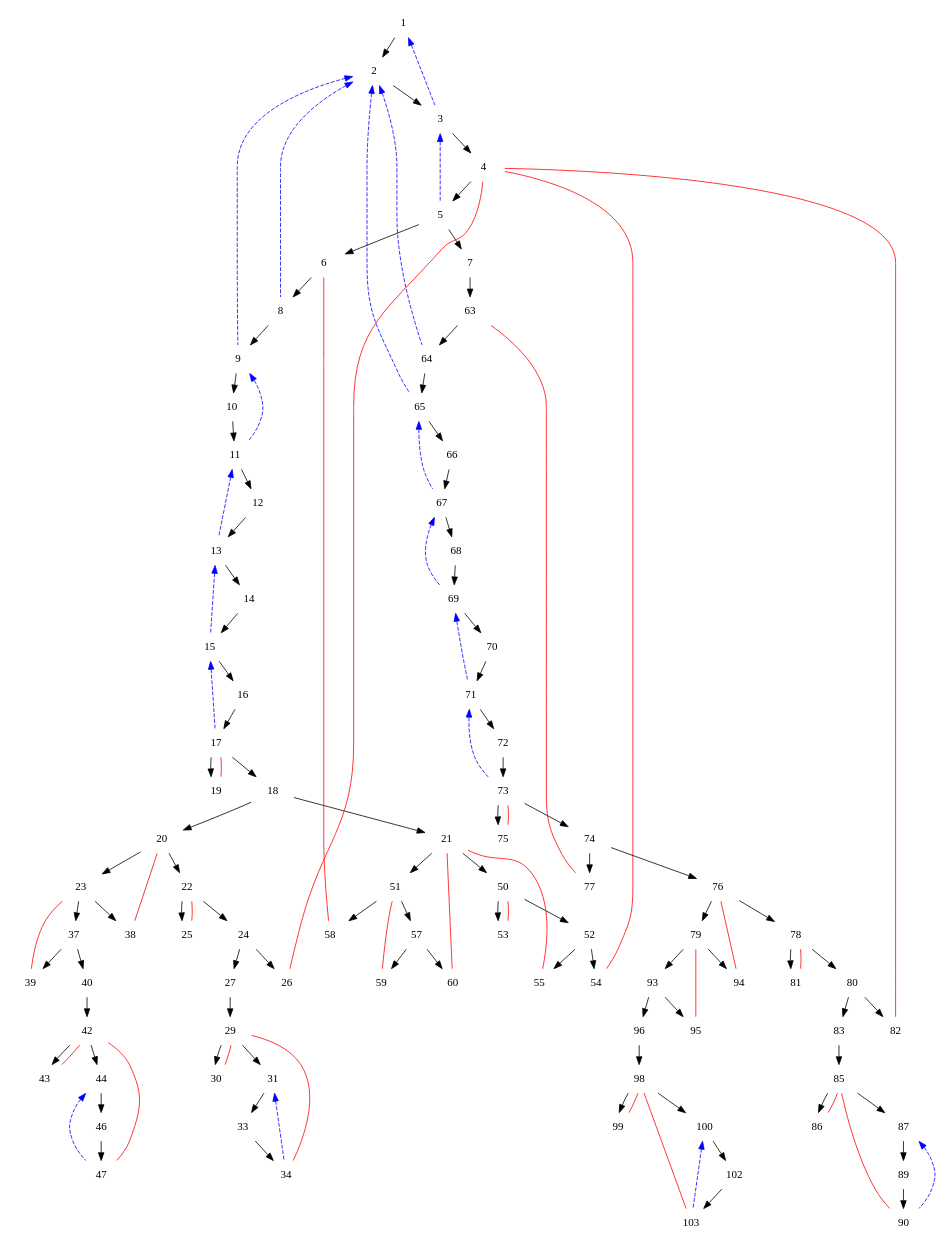
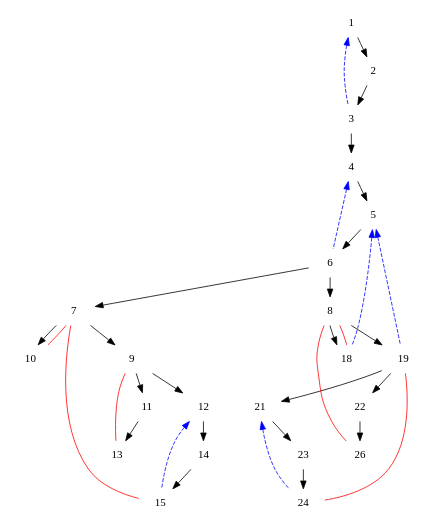
One commit to masterkapilkumar/Tableau-for-Propositional-Logic changed the diagram in arg.dot. Above: the diagram before and after it, drawn with Graphviz. The commit also changed 6 other files, not shown here.

```diff
--- a/arg.dot
+++ b/arg.dot
@@ -1,226 +1,67 @@
 digraph {
 	ranksep = 0.35;
 	node [shape=plaintext];
-	1 [texlbl="\underline{1. {\LARGE \color{green} $((a \rightarrow (\neg (b \leftrightarrow c))) \wedge ((b \rightarrow (a \wedge \neg b)) \wedge (((a \wedge \neg b) \rightarrow c) \wedge ((c \rightarrow a) \wedge (((c \wedge b) \rightarrow d) \wedge \neg d))))) \wedge (\neg (a \rightarrow (c \wedge \neg b)))$}}"];
-	2 [texlbl="\underline{2. {\LARGE \color{green} $(a \rightarrow (\neg (b \leftrightarrow c))) \wedge ((b \rightarrow (a \wedge \neg b)) \wedge (((a \wedge \neg b) \rightarrow c) \wedge ((c \rightarrow a) \wedge (((c \wedge b) \rightarrow d) \wedge \neg d))))$}}"];
-	3 [texlbl="\underline{3. {\LARGE \color{green} $\neg (a \rightarrow (c \wedge \neg b))$}}"];
-	4 [texlbl="\underline{4. {\LARGE \color{green} $a$}}"];
-	5 [texlbl="\underline{5. {\LARGE \color{green} $\neg (c \wedge \neg b)$}}"];
-	6 [texlbl="\underline{6. {\LARGE \color{green} $\neg c$}}"];
-	7 [texlbl="\underline{7. {\LARGE \color{green} $\neg \neg b$}}"];
-	8 [texlbl="\underline{8. {\LARGE \color{green} $a \rightarrow (\neg (b \leftrightarrow c))$}}"];
-	9 [texlbl="\underline{9. {\LARGE \color{green} $(b \rightarrow (a \wedge \neg b)) \wedge (((a \wedge \neg b) \rightarrow c) \wedge ((c \rightarrow a) \wedge (((c \wedge b) \rightarrow d) \wedge \neg d)))$}}"];
-	10 [texlbl="\underline{10. {\LARGE \color{green} $b \rightarrow (a \wedge \neg b)$}}"];
-	11 [texlbl="\underline{11. {\LARGE \color{green} $((a \wedge \neg b) \rightarrow c) \wedge ((c \rightarrow a) \wedge (((c \wedge b) \rightarrow d) \wedge \neg d))$}}"];
-	12 [texlbl="\underline{12. {\LARGE \color{green} $(a \wedge \neg b) \rightarrow c$}}"];
-	13 [texlbl="\underline{13. {\LARGE \color{green} $(c \rightarrow a) \wedge (((c \wedge b) \rightarrow d) \wedge \neg d)$}}"];
-	14 [texlbl="\underline{14. {\LARGE \color{green} $c \rightarrow a$}}"];
-	15 [texlbl="\underline{15. {\LARGE \color{green} $((c \wedge b) \rightarrow d) \wedge \neg d$}}"];
-	16 [texlbl="\underline{16. {\LARGE \color{green} $(c \wedge b) \rightarrow d$}}"];
-	17 [texlbl="\underline{17. {\LARGE \color{green} $\neg d$}}"];
-	18 [texlbl="\underline{18. {\LARGE \color{green} $\neg (c \wedge b)$}}"];
-	19 [texlbl="\underline{19. {\LARGE \color{green} $d$}}"];
-	20 [texlbl="\underline{20. {\LARGE \color{green} $\neg c$}}"];
-	21 [texlbl="\underline{21. {\LARGE \color{green} $\neg b$}}"];
-	22 [texlbl="\underline{22. {\LARGE \color{green} $\neg c$}}"];
+	1 [texlbl="\underline{1. {\LARGE \color{green} $(\neg (a \leftrightarrow b)) \wedge (\neg (\neg ((a \rightarrow b) \wedge (b \rightarrow a))))$}}"];
+	2 [texlbl="\underline{2. {\LARGE \color{green} $\neg (a \leftrightarrow b)$}}"];
+	3 [texlbl="\underline{3. {\LARGE \color{green} $\neg (\neg ((a \rightarrow b) \wedge (b \rightarrow a)))$}}"];
+	4 [texlbl="\underline{4. {\LARGE \color{green} $(a \rightarrow b) \wedge (b \rightarrow a)$}}"];
+	5 [texlbl="\underline{5. {\LARGE \color{green} $a \rightarrow b$}}"];
+	6 [texlbl="\underline{6. {\LARGE \color{green} $b \rightarrow a$}}"];
+	7 [texlbl="\underline{7. {\LARGE \color{green} $\neg b$}}"];
+	8 [texlbl="\underline{8. {\LARGE \color{green} $a$}}"];
+	9 [texlbl="\underline{9. {\LARGE \color{green} $\neg a$}}"];
+	10 [texlbl="\underline{10. {\LARGE \color{green} $b$}}"];
+	11 [texlbl="\underline{11. {\LARGE \color{green} $a \wedge \neg b$}}"];
+	12 [texlbl="\underline{12. {\LARGE \color{green} $\neg a \wedge b$}}"];
+	13 [texlbl="\underline{13. {\LARGE \color{green} $a$}}"];
+	14 [texlbl="\underline{14. {\LARGE \color{green} $\neg a$}}"];
+	15 [texlbl="\underline{15. {\LARGE \color{green} $b$}}"];
+	18 [texlbl="\underline{18. {\LARGE \color{green} $\neg a$}}"];
+	19 [texlbl="\underline{19. {\LARGE \color{green} $b$}}"];
+	21 [texlbl="\underline{21. {\LARGE \color{green} $a \wedge \neg b$}}"];
+	22 [texlbl="\underline{22. {\LARGE \color{green} $\neg a \wedge b$}}"];
 	23 [texlbl="\underline{23. {\LARGE \color{green} $a$}}"];
-	24 [texlbl="\underline{24. {\LARGE \color{green} $\neg (a \wedge \neg b)$}}"];
-	25 [texlbl="\underline{25. {\LARGE \color{green} $c$}}"];
+	24 [texlbl="\underline{24. {\LARGE \color{green} $\neg b$}}"];
 	26 [texlbl="\underline{26. {\LARGE \color{green} $\neg a$}}"];
-	27 [texlbl="\underline{27. {\LARGE \color{green} $\neg \neg b$}}"];
-	29 [texlbl="\underline{29. {\LARGE \color{green} $b$}}"];
-	30 [texlbl="\underline{30. {\LARGE \color{green} $\neg b$}}"];
-	31 [texlbl="\underline{31. {\LARGE \color{green} $a \wedge \neg b$}}"];
-	33 [texlbl="\underline{33. {\LARGE \color{green} $a$}}"];
-	34 [texlbl="\underline{34. {\LARGE \color{green} $\neg b$}}"];
-	37 [texlbl="\underline{37. {\LARGE \color{green} $\neg (a \wedge \neg b)$}}"];
-	38 [texlbl="\underline{38. {\LARGE \color{green} $c$}}"];
-	39 [texlbl="\underline{39. {\LARGE \color{green} $\neg a$}}"];
-	40 [texlbl="\underline{40. {\LARGE \color{green} $\neg \neg b$}}"];
-	42 [texlbl="\underline{42. {\LARGE \color{green} $b$}}"];
-	43 [texlbl="\underline{43. {\LARGE \color{green} $\neg b$}}"];
-	44 [texlbl="\underline{44. {\LARGE \color{green} $a \wedge \neg b$}}"];
-	46 [texlbl="\underline{46. {\LARGE \color{green} $a$}}"];
-	47 [texlbl="\underline{47. {\LARGE \color{green} $\neg b$}}"];
-	50 [texlbl="\underline{50. {\LARGE \color{green} $\neg c$}}"];
-	51 [texlbl="\underline{51. {\LARGE \color{green} $a$}}"];
-	52 [texlbl="\underline{52. {\LARGE \color{green} $\neg (a \wedge \neg b)$}}"];
-	53 [texlbl="\underline{53. {\LARGE \color{green} $c$}}"];
-	54 [texlbl="\underline{54. {\LARGE \color{green} $\neg a$}}"];
-	55 [texlbl="\underline{55. {\LARGE \color{green} $\neg \neg b$}}"];
-	57 [texlbl="\underline{57. {\LARGE \color{green} $\neg (a \wedge \neg b)$}}"];
-	58 [texlbl="\underline{58. {\LARGE \color{green} $c$}}"];
-	59 [texlbl="\underline{59. {\LARGE \color{green} $\neg a$}}"];
-	60 [texlbl="\underline{60. {\LARGE \color{green} $\neg \neg b$}}"];
-	63 [texlbl="\underline{63. {\LARGE \color{green} $b$}}"];
-	64 [texlbl="\underline{64. {\LARGE \color{green} $a \rightarrow (\neg (b \leftrightarrow c))$}}"];
-	65 [texlbl="\underline{65. {\LARGE \color{green} $(b \rightarrow (a \wedge \neg b)) \wedge (((a \wedge \neg b) \rightarrow c) \wedge ((c \rightarrow a) \wedge (((c \wedge b) \rightarrow d) \wedge \neg d)))$}}"];
-	66 [texlbl="\underline{66. {\LARGE \color{green} $b \rightarrow (a \wedge \neg b)$}}"];
-	67 [texlbl="\underline{67. {\LARGE \color{green} $((a \wedge \neg b) \rightarrow c) \wedge ((c \rightarrow a) \wedge (((c \wedge b) \rightarrow d) \wedge \neg d))$}}"];
-	68 [texlbl="\underline{68. {\LARGE \color{green} $(a \wedge \neg b) \rightarrow c$}}"];
-	69 [texlbl="\underline{69. {\LARGE \color{green} $(c \rightarrow a) \wedge (((c \wedge b) \rightarrow d) \wedge \neg d)$}}"];
-	70 [texlbl="\underline{70. {\LARGE \color{green} $c \rightarrow a$}}"];
-	71 [texlbl="\underline{71. {\LARGE \color{green} $((c \wedge b) \rightarrow d) \wedge \neg d$}}"];
-	72 [texlbl="\underline{72. {\LARGE \color{green} $(c \wedge b) \rightarrow d$}}"];
-	73 [texlbl="\underline{73. {\LARGE \color{green} $\neg d$}}"];
-	74 [texlbl="\underline{74. {\LARGE \color{green} $\neg (c \wedge b)$}}"];
-	75 [texlbl="\underline{75. {\LARGE \color{green} $d$}}"];
-	76 [texlbl="\underline{76. {\LARGE \color{green} $\neg c$}}"];
-	77 [texlbl="\underline{77. {\LARGE \color{green} $\neg b$}}"];
-	78 [texlbl="\underline{78. {\LARGE \color{green} $\neg c$}}"];
-	79 [texlbl="\underline{79. {\LARGE \color{green} $a$}}"];
-	80 [texlbl="\underline{80. {\LARGE \color{green} $\neg (a \wedge \neg b)$}}"];
-	81 [texlbl="\underline{81. {\LARGE \color{green} $c$}}"];
-	82 [texlbl="\underline{82. {\LARGE \color{green} $\neg a$}}"];
-	83 [texlbl="\underline{83. {\LARGE \color{green} $\neg \neg b$}}"];
-	85 [texlbl="\underline{85. {\LARGE \color{green} $b$}}"];
-	86 [texlbl="\underline{86. {\LARGE \color{green} $\neg b$}}"];
-	87 [texlbl="\underline{87. {\LARGE \color{green} $a \wedge \neg b$}}"];
-	89 [texlbl="\underline{89. {\LARGE \color{green} $a$}}"];
-	90 [texlbl="\underline{90. {\LARGE \color{green} $\neg b$}}"];
-	93 [texlbl="\underline{93. {\LARGE \color{green} $\neg (a \wedge \neg b)$}}"];
-	94 [texlbl="\underline{94. {\LARGE \color{green} $c$}}"];
-	95 [texlbl="\underline{95. {\LARGE \color{green} $\neg a$}}"];
-	96 [texlbl="\underline{96. {\LARGE \color{green} $\neg \neg b$}}"];
-	98 [texlbl="\underline{98. {\LARGE \color{green} $b$}}"];
-	99 [texlbl="\underline{99. {\LARGE \color{green} $\neg b$}}"];
-	100 [texlbl="\underline{100. {\LARGE \color{green} $a \wedge \neg b$}}"];
-	102 [texlbl="\underline{102. {\LARGE \color{green} $a$}}"];
-	103 [texlbl="\underline{103. {\LARGE \color{green} $\neg b$}}"];
 	subgraph dir {
 		1->2;
 		2->3;
 		3->4;
 		4->5;
 		5->6;
-		5->7;
+		6->7;
 		6->8;
-		8->9;
-		9->10;
-		10->11;
-		11->12;
-		12->13;
-		13->14;
+		7->9;
+		7->10;
+		9->11;
+		9->12;
+		11->13;
+		12->14;
 		14->15;
-		15->16;
-		16->17;
-		17->18;
-		17->19;
-		18->20;
-		18->21;
-		20->22;
-		20->23;
-		22->24;
-		22->25;
-		24->26;
-		24->27;
-		27->29;
-		29->30;
-		29->31;
-		31->33;
-		33->34;
-		23->37;
-		23->38;
-		37->39;
-		37->40;
-		40->42;
-		42->43;
-		42->44;
-		44->46;
-		46->47;
-		21->50;
-		21->51;
-		50->52;
-		50->53;
-		52->54;
-		52->55;
-		51->57;
-		51->58;
-		57->59;
-		57->60;
-		7->63;
-		63->64;
-		64->65;
-		65->66;
-		66->67;
-		67->68;
-		68->69;
-		69->70;
-		70->71;
-		71->72;
-		72->73;
-		73->74;
-		73->75;
-		74->76;
-		74->77;
-		76->78;
-		76->79;
-		78->80;
-		78->81;
-		80->82;
-		80->83;
-		83->85;
-		85->86;
-		85->87;
-		87->89;
-		89->90;
-		79->93;
-		79->94;
-		93->95;
-		93->96;
-		96->98;
-		98->99;
-		98->100;
-		100->102;
-		102->103;
+		8->18;
+		8->19;
+		19->21;
+		19->22;
+		21->23;
+		23->24;
+		22->26;
 	}
 	subgraph ancestor {
 		edge [dir=back, color=blue, style=dashed]
 		1->3;
-		3->5;
-		2->8;
-		2->9;
-		9->11;
-		11->13;
-		13->15;
-		15->17;
-		31->34;
-		44->47;
-		2->64;
-		2->65;
-		65->67;
-		67->69;
-		69->71;
-		71->73;
-		87->90;
-		100->103;
+		4->6;
+		12->15;
+		5->18;
+		5->19;
+		21->24;
 	}
 	subgraph undir {
 		edge [dir=none, color=red]
-		26->4;
-		30->29;
-		34->29;
-		25->22;
-		39->23;
-		43->42;
-		47->42;
-		38->20;
-		54->4;
-		55->21;
-		53->50;
-		59->51;
-		60->21;
-		58->6;
-		19->17;
-		82->4;
-		86->85;
-		90->85;
-		81->78;
-		95->79;
-		99->98;
-		103->98;
-		94->76;
-		77->63;
-		75->73;
+		13->9;
+		15->7;
+		10->7;
+		18->8;
+		24->19;
+		26->8;
 	}
 }
```
